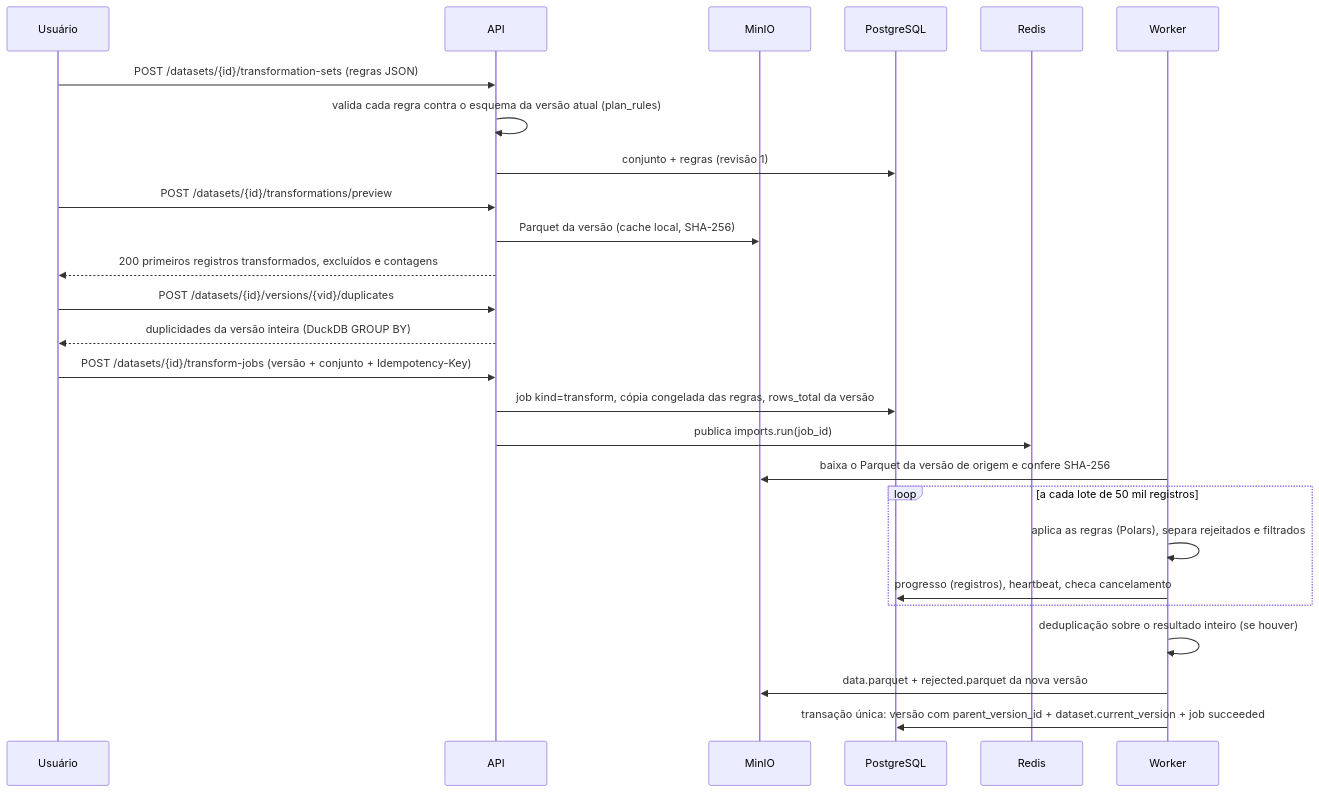
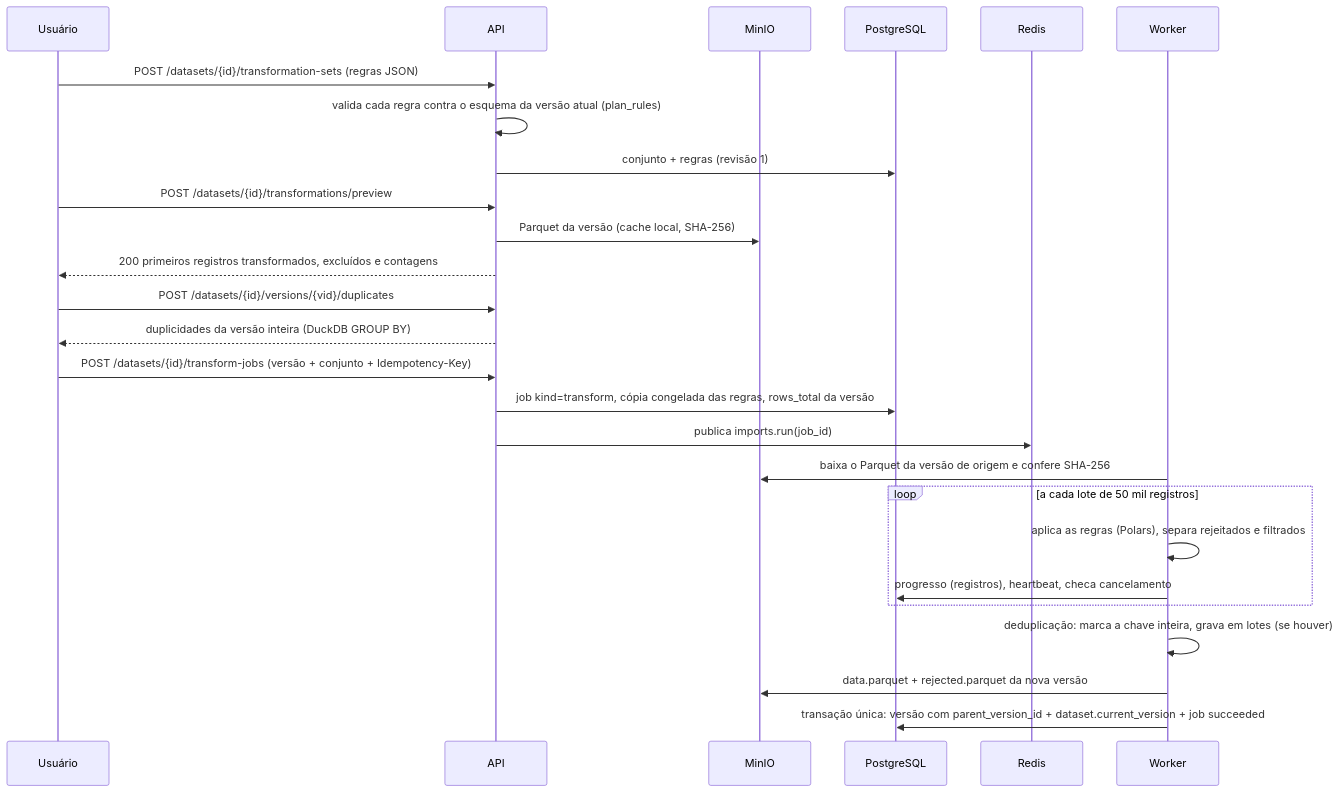
Before and after one commit to UyankDouglas/DATAFLOW-ANALYTICS: the third of 3 diagrams in docs/architecture.md, drawn with Mermaid. The commit also changed 15 other files, not shown here.

First line of the commit message:
perf: pico de memória por job e deduplicação sem a versão inteira em memória

````diff
--- a/docs/architecture.md
+++ b/docs/architecture.md
@@ -101,29 +101,29 @@
 ```mermaid
 sequenceDiagram
     participant U as Usuário
     participant API
     participant S3 as MinIO
     participant DB as PostgreSQL
     participant Q as Redis
     participant W as Worker
 
     U->>API: POST /datasets/{id}/transformation-sets (regras JSON)
     API->>API: valida cada regra contra o esquema da versão atual (plan_rules)
     API->>DB: conjunto + regras (revisão 1)
     U->>API: POST /datasets/{id}/transformations/preview
     API->>S3: Parquet da versão (cache local, SHA-256)
     API-->>U: 200 primeiros registros transformados, excluídos e contagens
     U->>API: POST /datasets/{id}/versions/{vid}/duplicates
     API-->>U: duplicidades da versão inteira (DuckDB GROUP BY)
     U->>API: POST /datasets/{id}/transform-jobs (versão + conjunto + Idempotency-Key)
     API->>DB: job kind=transform, cópia congelada das regras, rows_total da versão
     API->>Q: publica imports.run(job_id)
     W->>S3: baixa o Parquet da versão de origem e confere SHA-256
     loop a cada lote de 50 mil registros
         W->>W: aplica as regras (Polars), separa rejeitados e filtrados
         W->>DB: progresso (registros), heartbeat, checa cancelamento
     end
-    W->>W: deduplicação sobre o resultado inteiro (se houver)
+    W->>W: deduplicação: marca a chave inteira, grava em lotes (se houver)
     W->>S3: data.parquet + rejected.parquet da nova versão
     W->>DB: transação única: versão com parent_version_id + dataset.current_version + job succeeded
 ```
````
